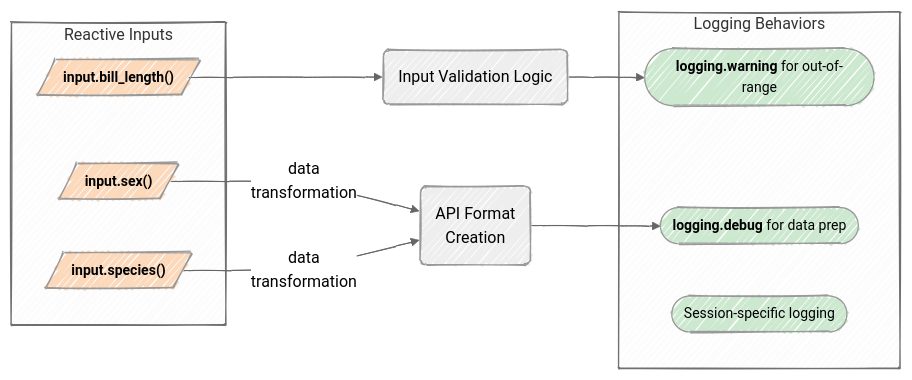
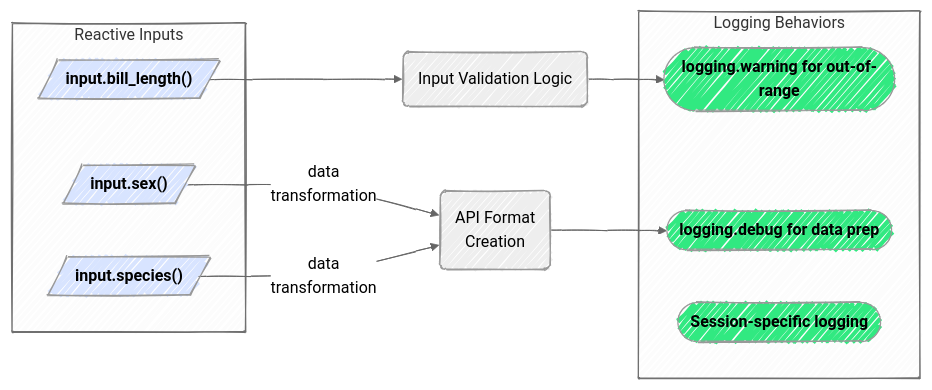
The fifth of 8 diagrams in app-log-py.qmd (mjfrigaard/do4ds-labs), drawn with Mermaid before and after one commit. The commit also changed other lines of this file and 18 other files, not shown here.

````diff
--- a/app-log-py.qmd
+++ b/app-log-py.qmd
@@ -487,39 +458,37 @@
 ```{mermaid}
 %%| fig-cap: 'Reactive Inputs'
 %%| fig-width: 7.0
 %%| fig-align: center
 %%{init: {'theme': 'neutral', 'look': 'handDrawn', 'themeVariables': { 'fontFamily': 'monospace'}}}%%
 
 graph LR
     subgraph Inputs["Reactive Inputs"]
         InputBillLength[/"<strong>input.bill_length()</strong>"/]
         InputSex[/"<strong>input.sex()</strong>"/]
         InputSpecies[/"<strong>input.species()</strong>"/]
     end
 
         
     Validation("Input Validation Logic")
     APIFormat("API Format<br>Creation")
     
     subgraph "Logging Behaviors"
-        ValidationLog(["<strong>logging.warning</strong> for out-of-range"])
-        DebugLog(["<strong>logging.debug</strong> for data prep"])
-        SessionLog(["Session-specific logging"])
+        ValidationLog(["<strong>logging.warning for out-of-range</strong>"])
+        DebugLog(["<strong>logging.debug for data prep</strong>"])
+        SessionLog(["<strong>Session-specific logging</strong>"])
     end
     
     InputBillLength --> Validation
     InputSex & InputSpecies --"data<br>transformation"--> APIFormat
     Validation --> ValidationLog
     APIFormat --> DebugLog
-    
-    %% Style for inputs %%
-    style InputBillLength fill:#fdd9bb,color:#000,font-size:14px
-    style InputSex fill:#fdd9bb,color:#000,font-size:14px
-    style InputSpecies fill:#fdd9bb,color:#000,font-size:14px
 
-    %% Style for logs %%
-    style ValidationLog fill:#cce8cf,color:#000,font-size:14px
-    style DebugLog fill:#cce8cf,color:#000,font-size:14px
-    style SessionLog fill:#cce8cf,color:#000,font-size:14px
+	style InputBillLength fill:#d8e4ff
+	style InputSex fill:#d8e4ff
+	style InputSpecies fill:#d8e4ff
+
+	style ValidationLog fill:#31e981
+	style DebugLog fill:#31e981
+	style SessionLog fill:#31e981
 
 ```
````
